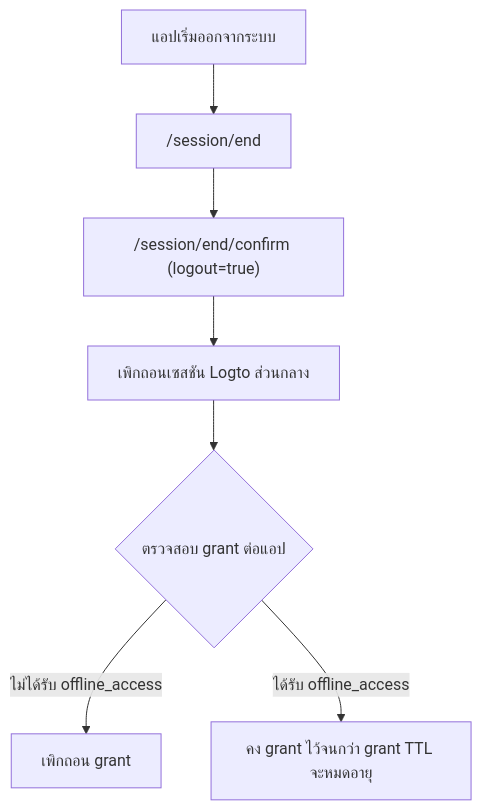
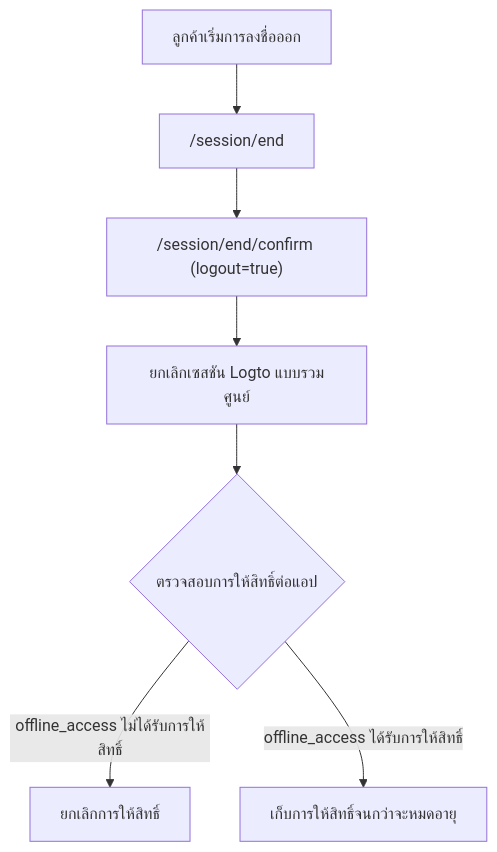
One commit to logto-io/docs changed the diagram in i18n/th/docusaurus-plugin-content-docs/current/end-user-flows/sign-out.mdx. Above: the diagram before and after it, drawn with Mermaid. The commit also changed other lines of this file and 102 other files, not shown here.

````diff
--- a/i18n/th/docusaurus-plugin-content-docs/current/end-user-flows/sign-out.mdx
+++ b/i18n/th/docusaurus-plugin-content-docs/current/end-user-flows/sign-out.mdx
@@ -179,9 +45,9 @@
 ```mermaid
 flowchart TD
-  A["แอปเริ่มออกจากระบบ"] --> B["/session/end"]
+  A["ลูกค้าเริ่มการลงชื่อออก"] --> B["/session/end"]
   B --> C["/session/end/confirm (logout=true)"]
-  C --> D["เพิกถอนเซสชัน Logto ส่วนกลาง"]
-  D --> E{"ตรวจสอบ grant ต่อแอป"}
-  E -->|"ไม่ได้รับ offline_access"| F["เพิกถอน grant"]
-  E -->|"ได้รับ offline_access"| G["คง grant ไว้จนกว่า grant TTL จะหมดอายุ"]
+  C --> D["ยกเลิกเซสชัน Logto แบบรวมศูนย์"]
+  D --> E{"ตรวจสอบการให้สิทธิ์ต่อแอป"}
+  E -->|"offline_access ไม่ได้รับการให้สิทธิ์"| F["ยกเลิกการให้สิทธิ์"]
+  E -->|"offline_access ได้รับการให้สิทธิ์"| G["เก็บการให้สิทธิ์จนกว่าจะหมดอายุ"]
 ```
````
